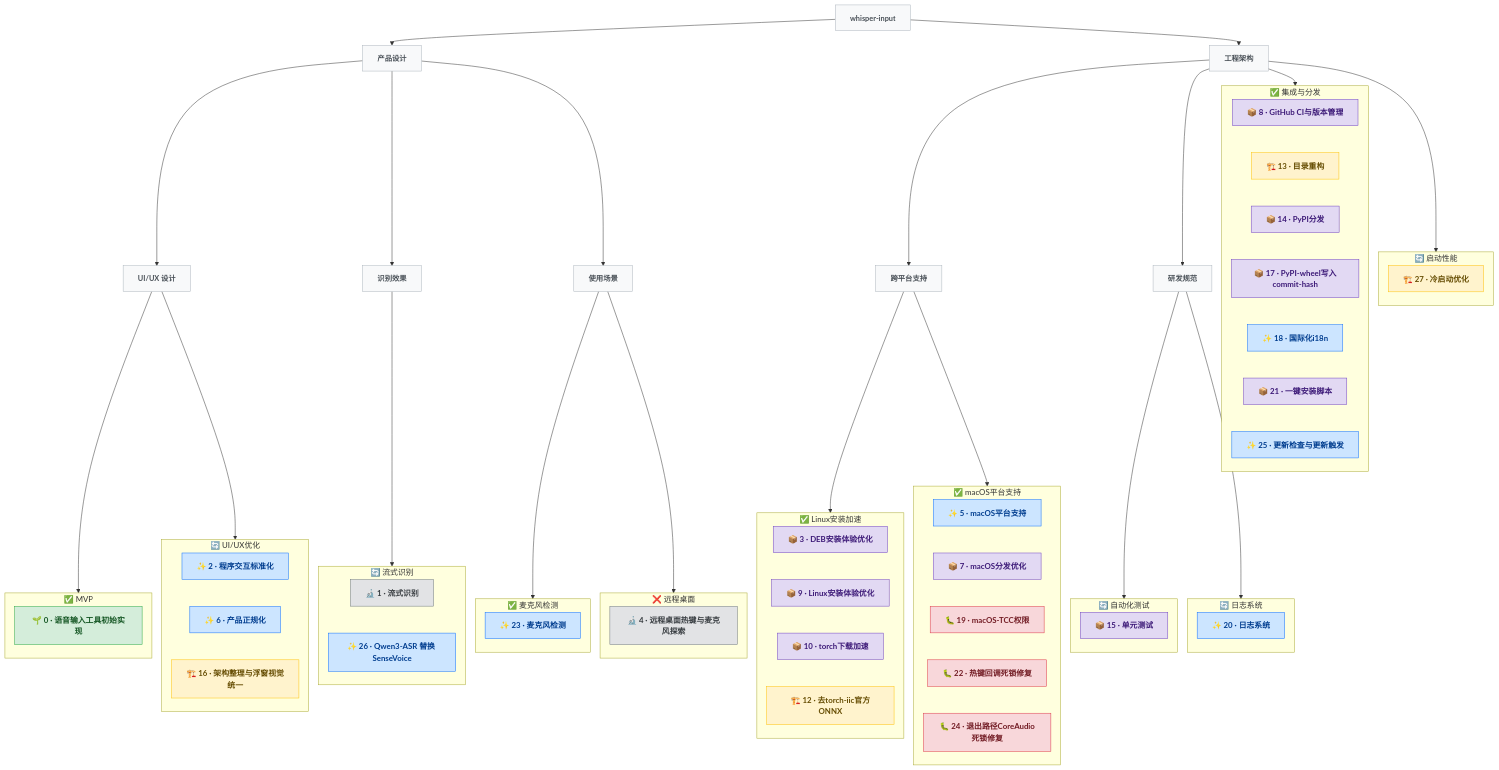
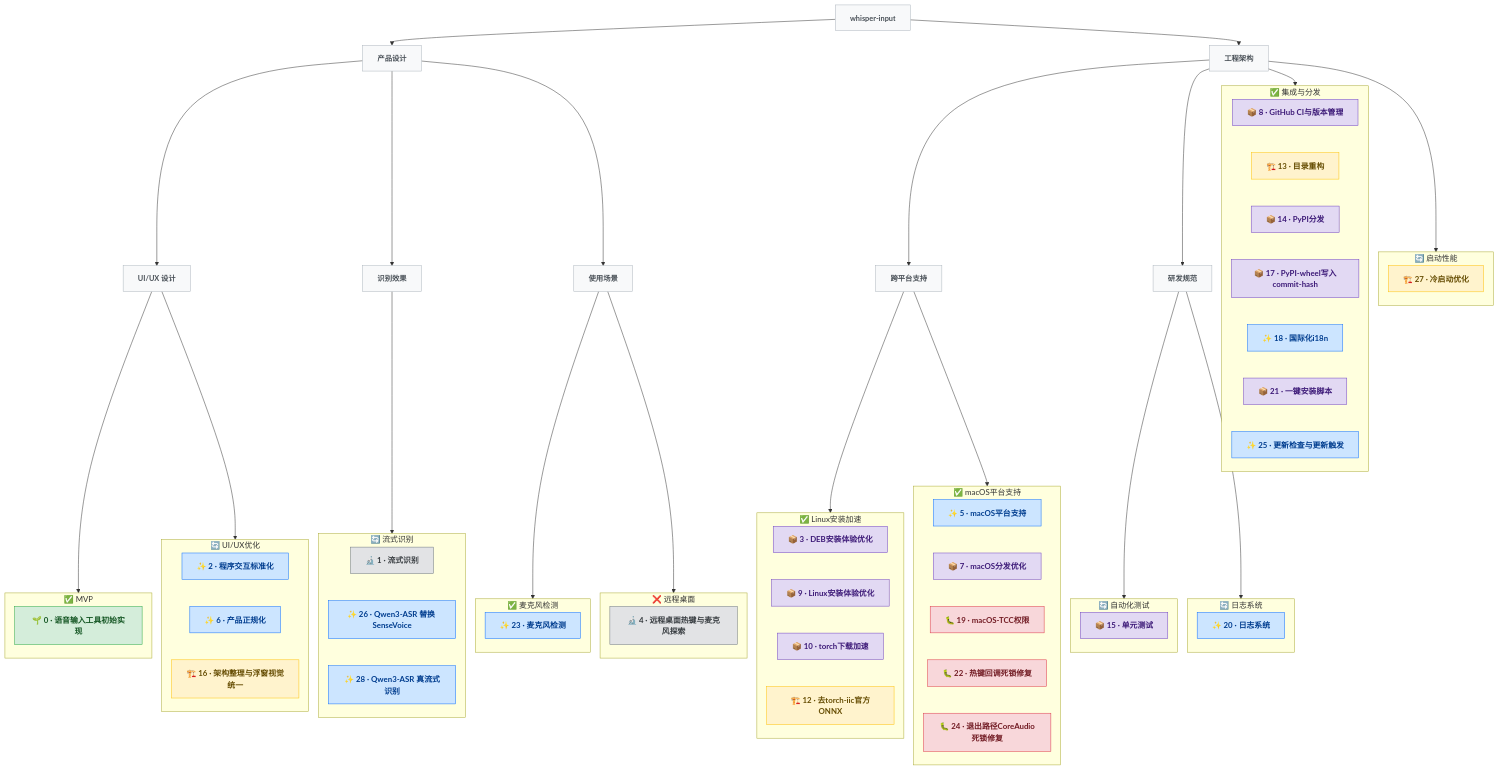
One commit to pkulijing/whisper-input changed the diagram in docs/DEVTREE.md. Above: the diagram before and after it, drawn with Mermaid. The commit also changed other lines of this file and 23 other files, not shown here.

First line of the commit message:
feat(stt): Qwen3-ASR 真流式识别,按住热键边说边出字

```diff
--- a/docs/DEVTREE.md
+++ b/docs/DEVTREE.md
@@ -71,7 +71,9 @@
     direction TB
     N1["🔬 1 · 流式识别"]:::research
     N26["✨ 26 · Qwen3-ASR 替换 SenseVoice"]:::feature
+    N28["✨ 28 · Qwen3-ASR 真流式识别"]:::feature
     N1 ~~~ N26
+    N26 ~~~ N28
   end
 
   subgraph e_mic_check["✅ 麦克风检测"]
```
